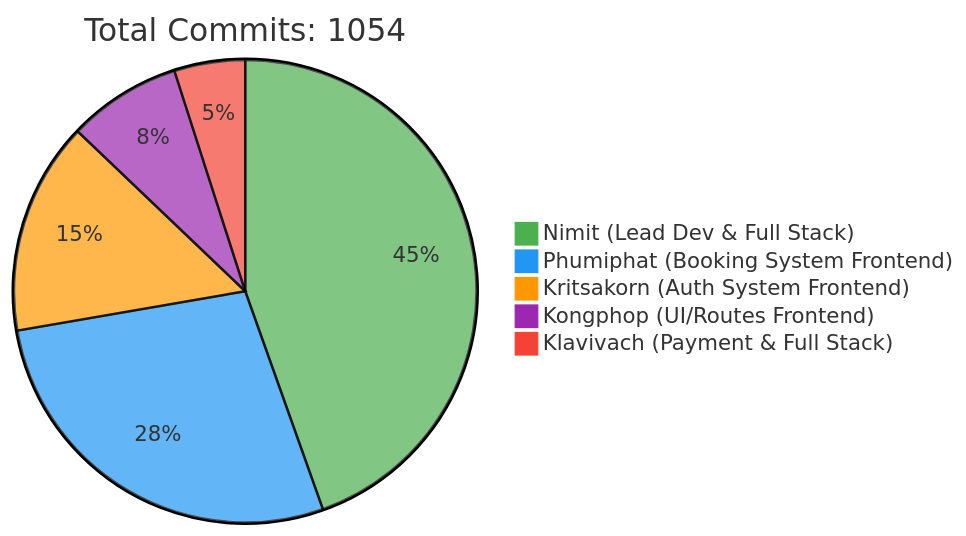
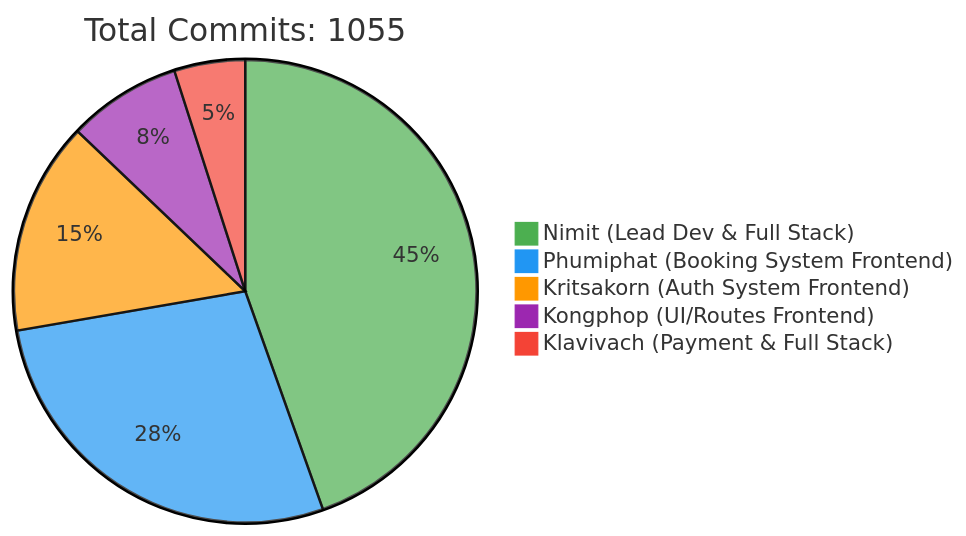
The first of 2 diagrams in README.md (6531503042/Sport-Complex), drawn with Mermaid before and after one commit. The commit also changed other lines of this file, not shown here.

Commit message:
docs: Update contributor statistics [skip ci]

````diff
--- a/README.md
+++ b/README.md
@@ -240,10 +240,10 @@
 ```mermaid
 %%{init: {'theme': 'base', 'themeVariables': { 'pie1': '#4CAF50', 'pie2': '#2196F3', 'pie3': '#FF9800', 'pie4': '#9C27B0', 'pie5': '#F44336'}}}%%
 pie
-    title Total Commits: 1054
+    title Total Commits: 1055
     "Nimit (Lead Dev & Full Stack)" : 450
     "Phumiphat (Booking System Frontend)" : 280
     "Kritsakorn (Auth System Frontend)" : 150
     "Kongphop (UI/Routes Frontend)" : 80
     "Klavivach (Payment & Full Stack)" : 50
 ```
````
